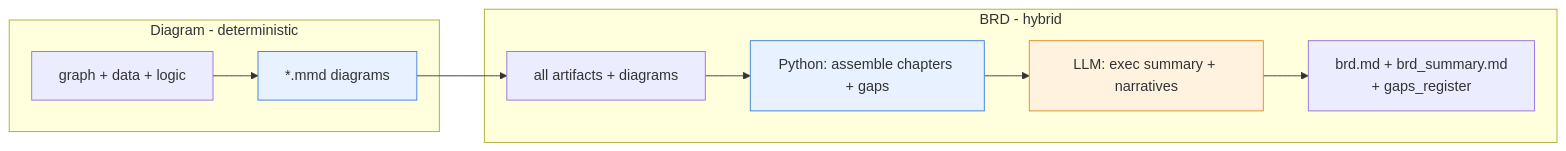
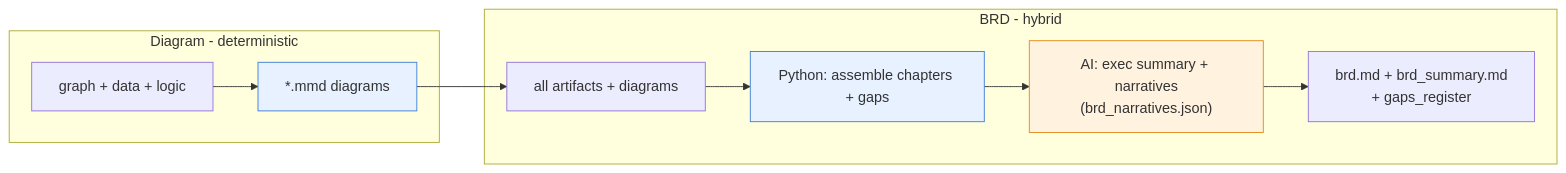
One commit to kaajalkrish/Legacy-Harness-Modernization-System changed diagram 11 of 12 in README.md. Above: the diagram before and after it, drawn with Mermaid. The commit also changed other lines of this file and 19 other files, not shown here.

````diff
--- a/README.md
+++ b/README.md
@@ -283,16 +284,16 @@
 ```mermaid
 flowchart LR
     subgraph DiagramAgent["Diagram - deterministic"]
         G["graph + data + logic"] --> MMD["*.mmd diagrams"]
     end
     subgraph BRDAgent["BRD - hybrid"]
         ART["all artifacts + diagrams"] --> ASM["Python: assemble chapters + gaps"]
-        ASM --> NAR["LLM: exec summary + narratives"]
+        ASM --> NAR["AI: exec summary + narratives<br/>(brd_narratives.json)"]
         NAR --> DOC["brd.md + brd_summary.md<br/>+ gaps_register"]
     end
     MMD --> ART
     classDef d fill:#e8f1ff,stroke:#3b7dd8;
     classDef l fill:#fff3e0,stroke:#e08a17;
     class MMD,ASM d;
     class NAR l;
 ```
````
